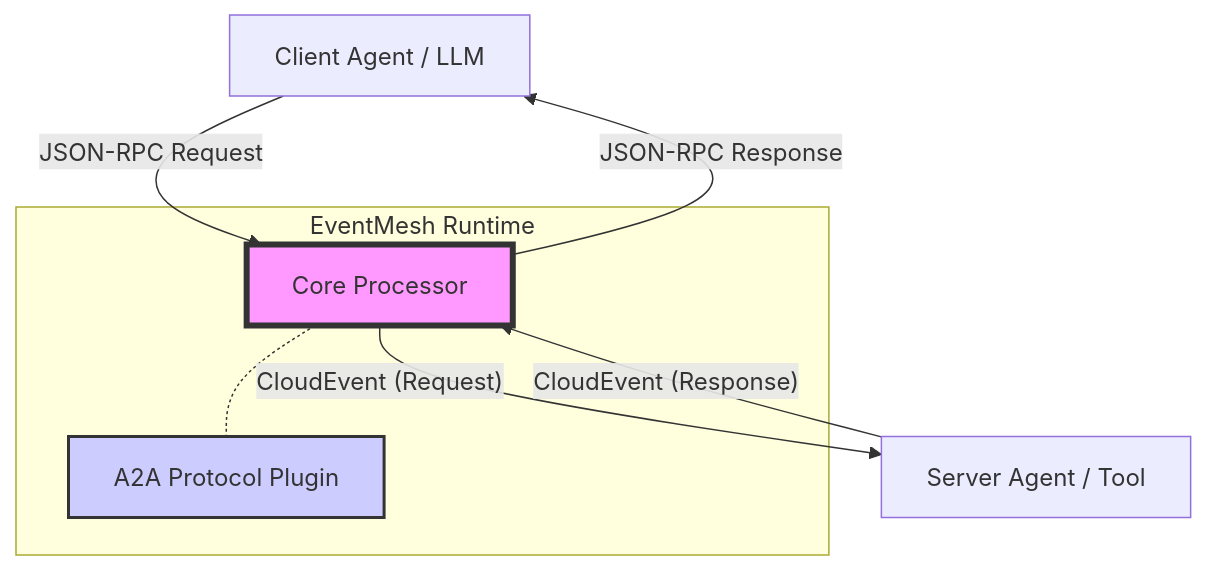
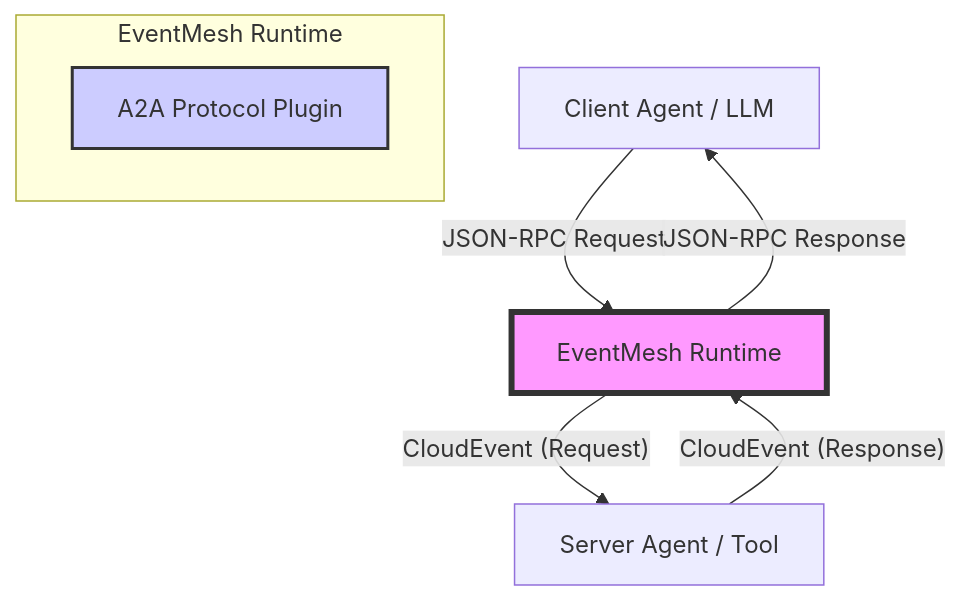
Before and after one commit to apache/eventmesh: the second of 2 diagrams in docs/a2a-protocol/eventmesh-a2a-design.md, drawn with Mermaid.

Commit message:
Revert System Context mermaid graph and fix Native Pub/Sub Semantics mermaid graph

````diff
--- a/docs/a2a-protocol/eventmesh-a2a-design.md
+++ b/docs/a2a-protocol/eventmesh-a2a-design.md
@@ -71,17 +71,14 @@
 ```mermaid
 graph TD
-    Client["Client Agent / LLM"] -- "JSON-RPC Request" --> EM
-    
-    subgraph Runtime ["EventMesh Runtime"]
-        EM["Core Processor"]
-        Plugin["A2A Protocol Plugin"]
-        EM -.- Plugin
-    end
-    
+    Client["Client Agent / LLM"] -- "JSON-RPC Request" --> EM["EventMesh Runtime"]
     EM -- "CloudEvent (Request)" --> Server["Server Agent / Tool"]
     Server -- "CloudEvent (Response)" --> EM
     EM -- "JSON-RPC Response" --> Client
     
+    subgraph Runtime ["EventMesh Runtime"]
+        Plugin["A2A Protocol Plugin"]
+    end
+    
     style EM fill:#f9f,stroke:#333,stroke-width:4px
     style Plugin fill:#ccf,stroke:#333,stroke-width:2px
 ```
````
